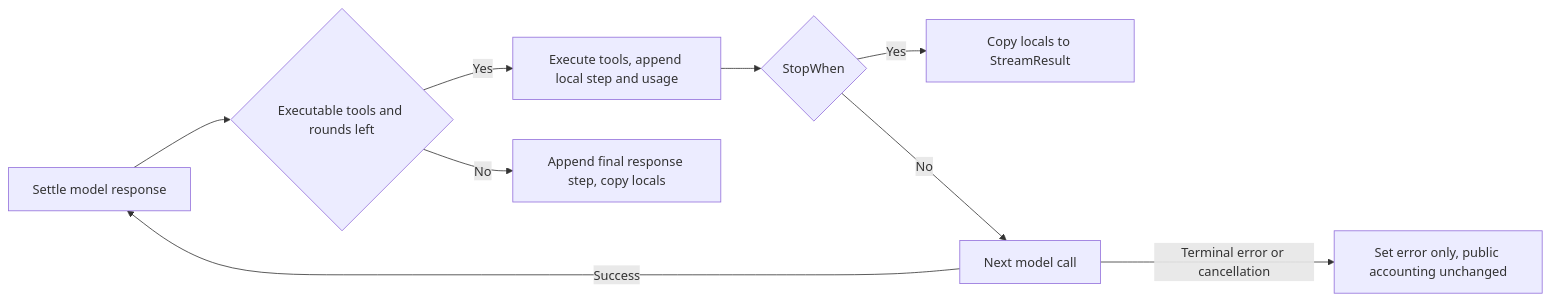
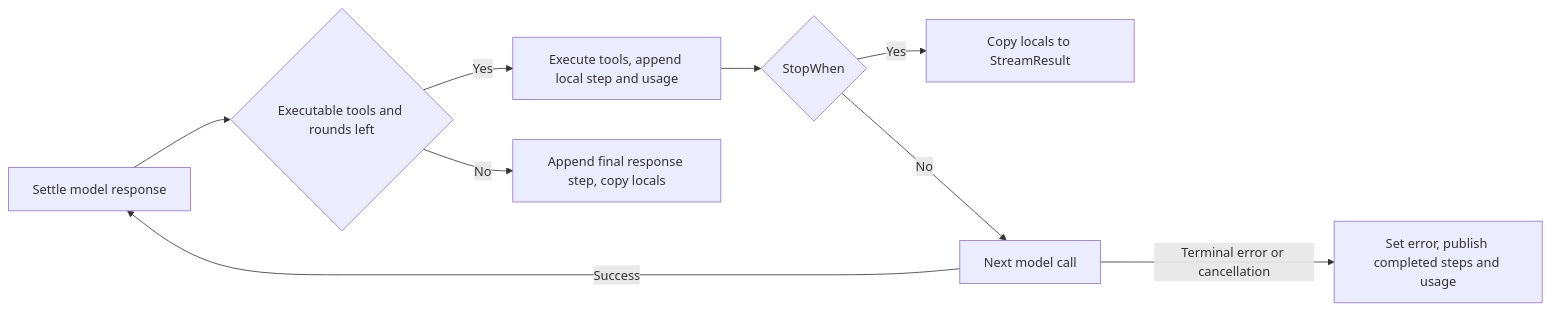
The second of 2 diagrams in docs/formal/llm/README.md (prime-radiant-inc/evener), drawn with Mermaid before and after one commit. The commit also changed other lines of this file and 9 other files, not shown here.

````diff
--- a/docs/formal/llm/README.md
+++ b/docs/formal/llm/README.md
@@ -265,11 +267,11 @@
 ```mermaid
 flowchart LR
   Settle[Settle model response] --> Decide{Executable tools and rounds left}
   Decide -->|Yes| Execute[Execute tools, append local step and usage]
   Execute --> Boundary{StopWhen}
   Boundary -->|Yes| Copy[Copy locals to StreamResult]
   Boundary -->|No| Next[Next model call]
   Next -->|Success| Settle
-  Next -->|Terminal error or cancellation| Error[Set error only, public accounting unchanged]
+  Next -->|Terminal error or cancellation| Error[Set error, publish completed steps and usage]
   Decide -->|No| Final[Append final response step, copy locals]
 ```
````
